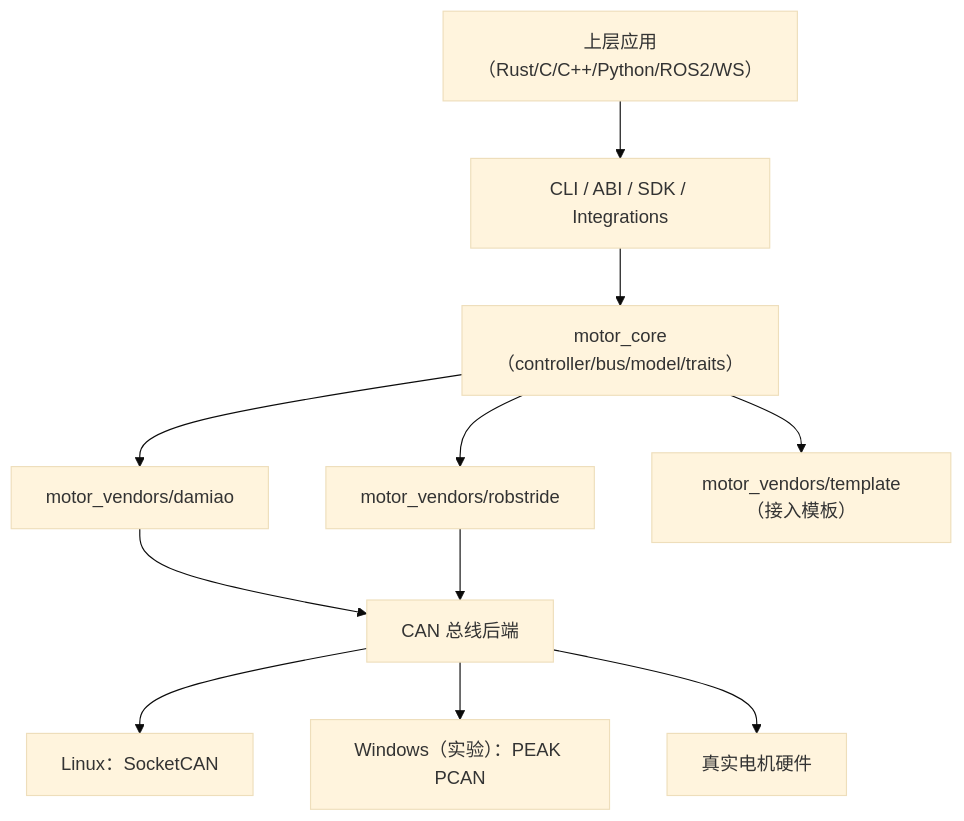
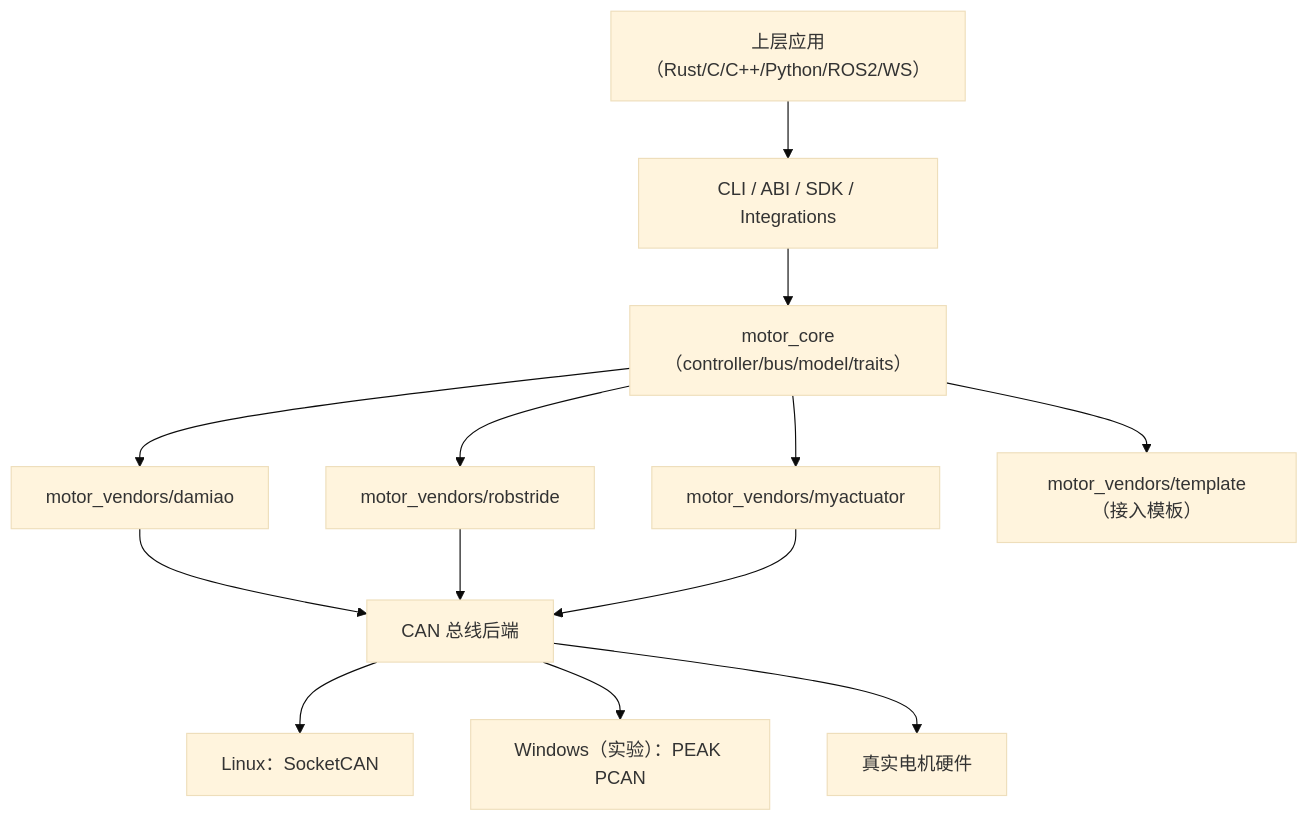
One commit to tianrking/motorbridge changed the first of 2 diagrams in docs/zh/architecture.md. Above: the diagram before and after it, drawn with Mermaid (base theme). The commit also changed 4 other files, not shown here.

````diff
--- a/docs/zh/architecture.md
+++ b/docs/zh/architecture.md
@@ -5,13 +5,15 @@
 ```mermaid
 flowchart TB
   APP["上层应用（Rust/C/C++/Python/ROS2/WS）"] --> SURFACE["CLI / ABI / SDK / Integrations"]
   SURFACE --> CORE["motor_core（controller/bus/model/traits）"]
   CORE --> DAMIAO["motor_vendors/damiao"]
   CORE --> ROBSTRIDE["motor_vendors/robstride"]
+  CORE --> MYACT["motor_vendors/myactuator"]
   CORE --> TEMPLATE["motor_vendors/template（接入模板）"]
   DAMIAO --> CAN["CAN 总线后端"]
   ROBSTRIDE --> CAN
+  MYACT --> CAN
   CAN --> LNX["Linux：SocketCAN"]
   CAN --> WIN["Windows（实验）：PEAK PCAN"]
   CAN --> HW["真实电机硬件"]
 ```
````
